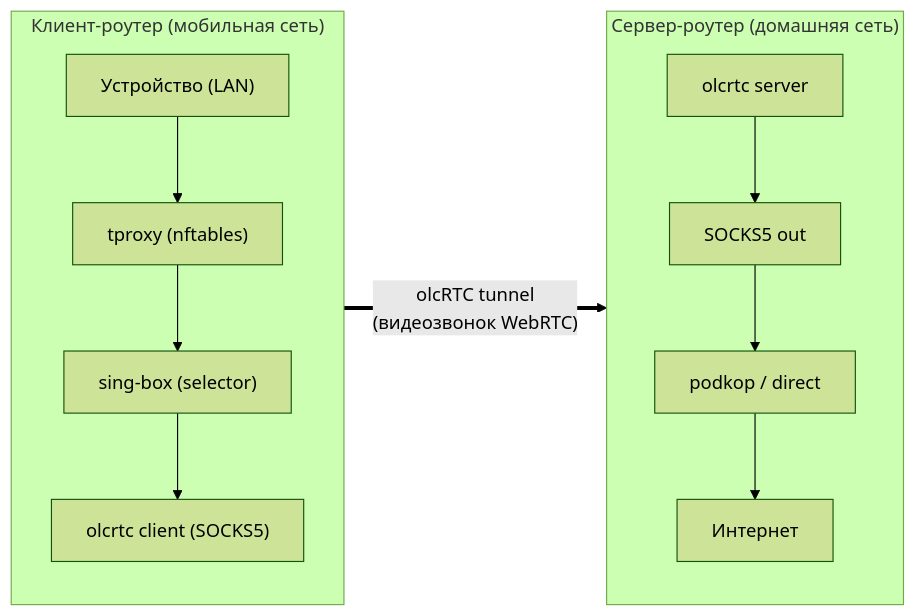
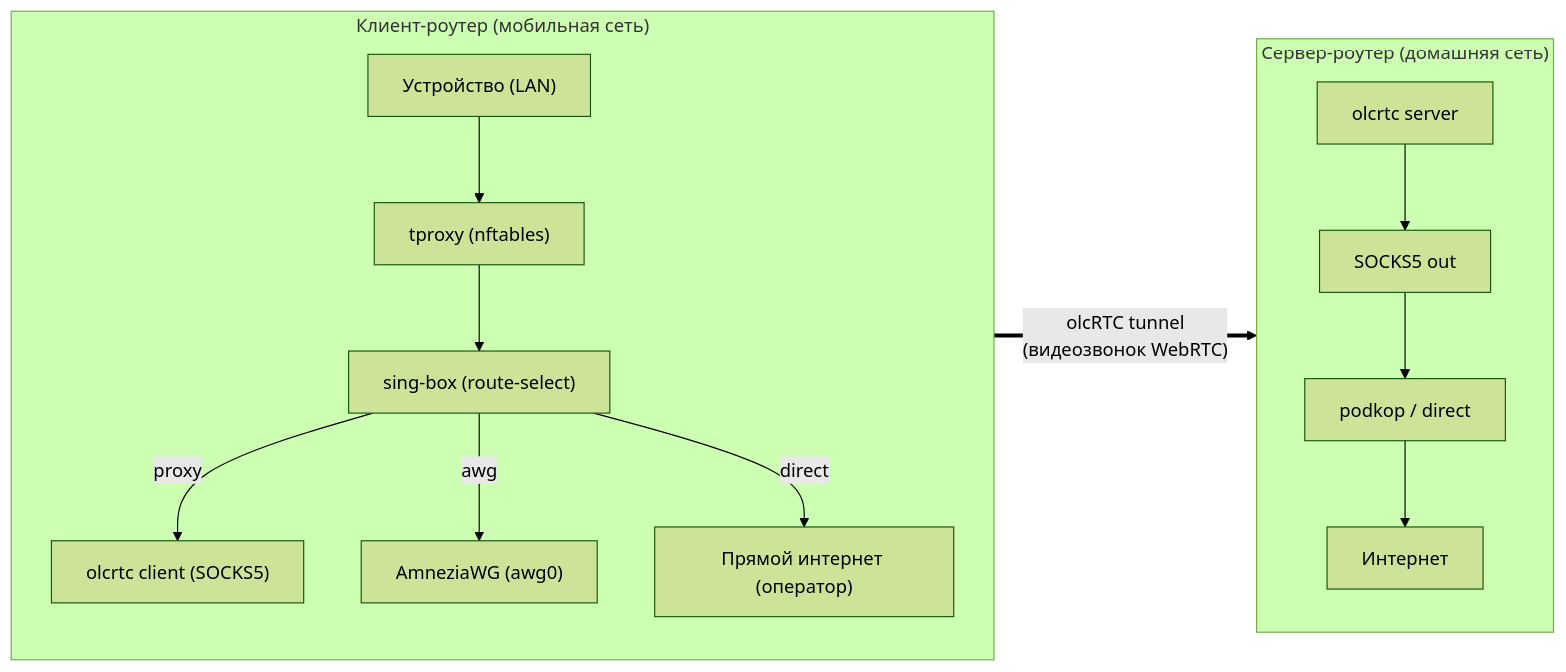
The diagram in README.md (vongostev/dial-up), drawn with Mermaid (forest theme) before and after one commit. The commit also changed other lines of this file and 61 other files, not shown here.

Commit message:
merge: sync develop into main (luci rename olcrtc->dial-up, corp dns, awg, tests, pre-push guard)

````diff
--- a/README.md
+++ b/README.md
@@ -15,23 +15,28 @@
 ```mermaid
 graph LR
     subgraph client["Клиент-роутер (мобильная сеть)"]
         direction TB
         LAN["Устройство (LAN)"]
         TPROXY["tproxy (nftables)"]
-        SINGBOX["sing-box (selector)"]
+        SINGBOX["sing-box (route-select)"]
         OLCRTC_C["olcrtc client (SOCKS5)"]
-        LAN --> TPROXY --> SINGBOX --> OLCRTC_C
+        AWG["AmneziaWG (awg0)"]
+        DIRECT["Прямой интернет (оператор)"]
+        LAN --> TPROXY --> SINGBOX
+        SINGBOX -->|proxy| OLCRTC_C
+        SINGBOX -->|awg| AWG
+        SINGBOX -->|direct| DIRECT
     end
 
     subgraph server["Сервер-роутер (домашняя сеть)"]
         direction TB
         OLCRTC_S["olcrtc server"]
         SOCKS_OUT["SOCKS5 out"]
         PODKOP["podkop / direct"]
         WWW["Интернет"]
         OLCRTC_S --> SOCKS_OUT --> PODKOP --> WWW
     end
 
     OLCRTC_C == "olcRTC tunnel
     (видеозвонок WebRTC)" ==> OLCRTC_S
 ```
````
